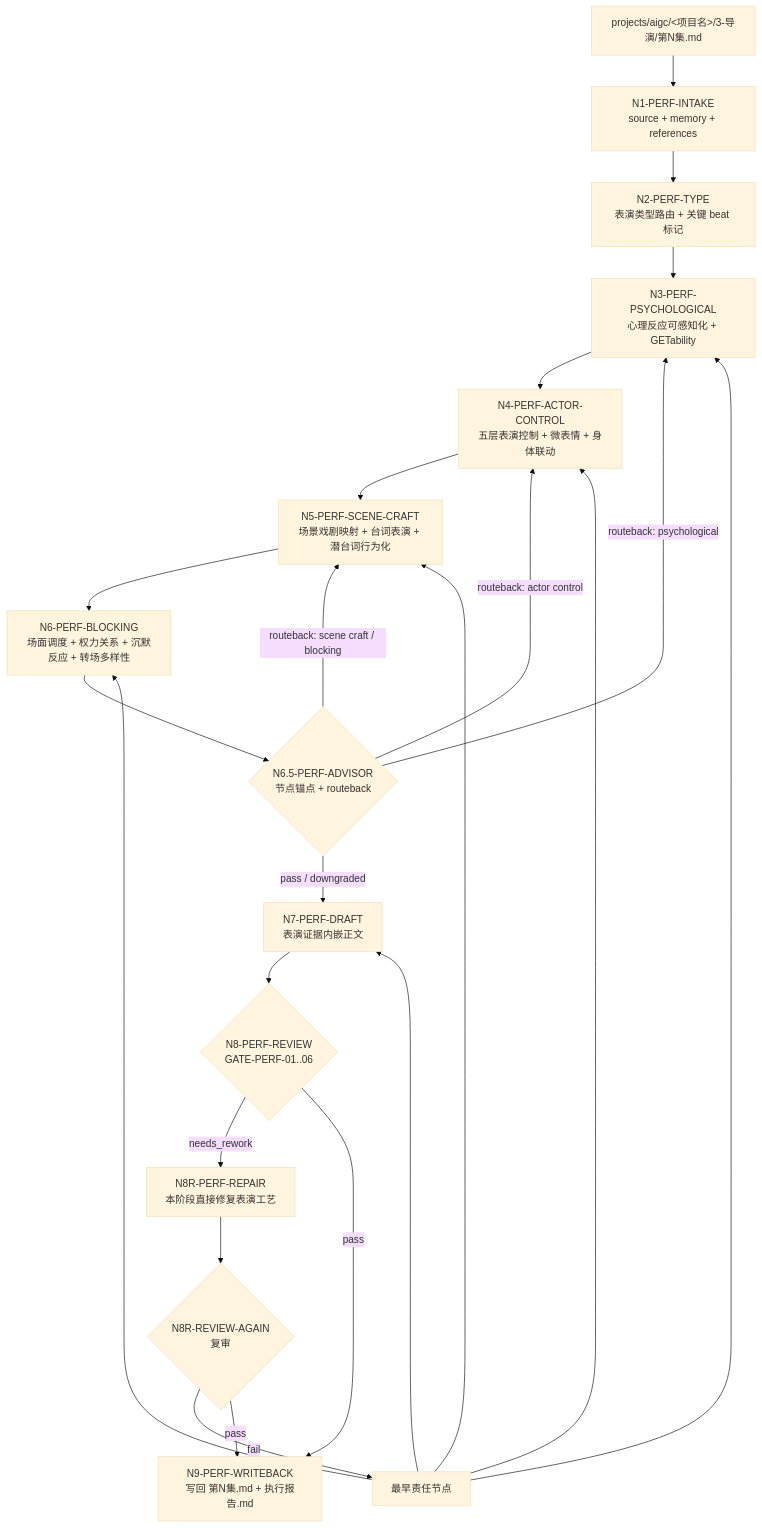
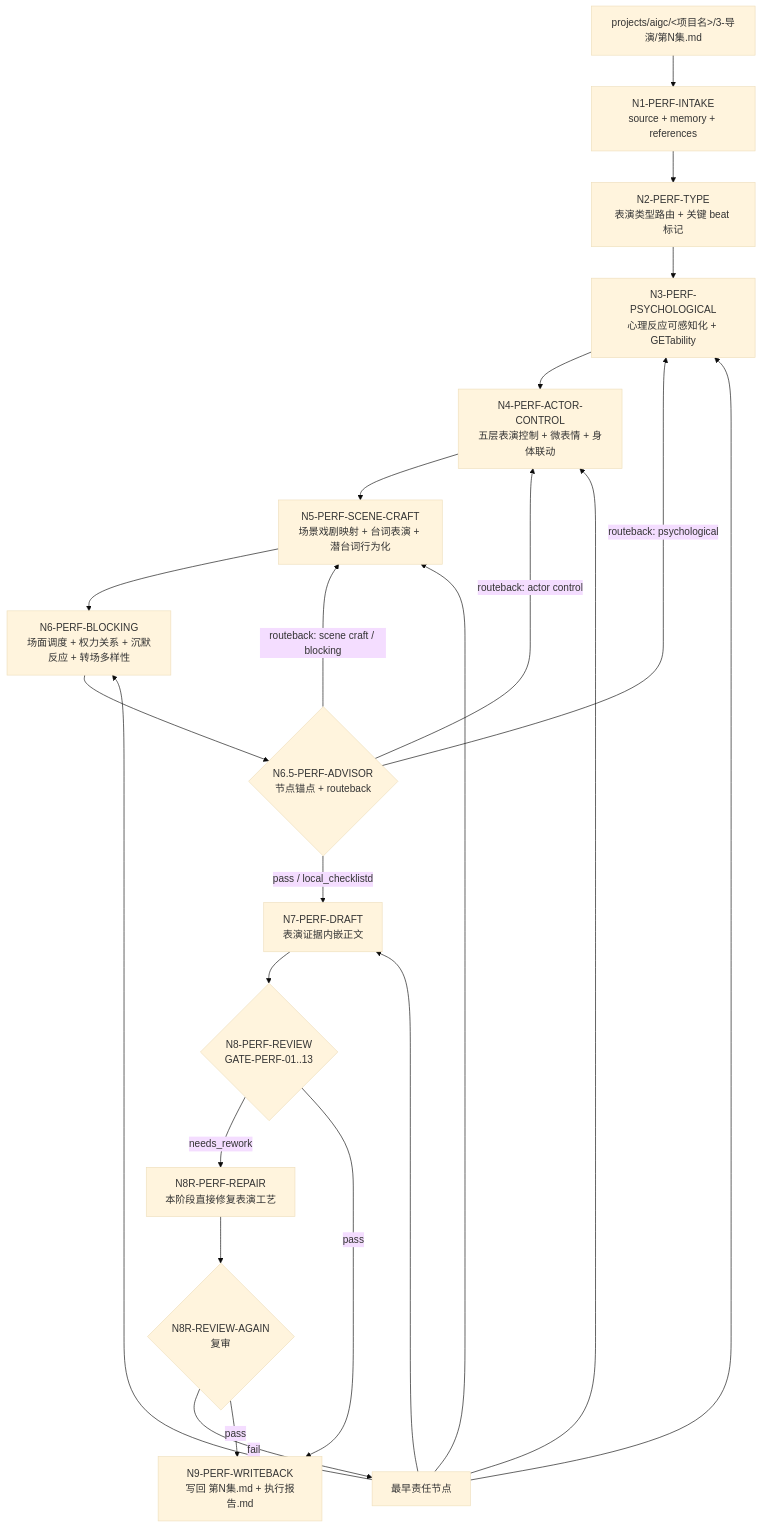
One commit to ZEN-VOID/AI-CUT changed the first of 2 diagrams in .agents/skills/aigc/4-表演/SKILL.md. Above: the diagram before and after it, drawn with Mermaid (base theme). The commit also changed other lines of this file and 137 other files, not shown here.

````diff
--- a/.agents/skills/aigc/4-表演/SKILL.md
+++ b/.agents/skills/aigc/4-表演/SKILL.md
@@ -318,25 +339,25 @@
 ```mermaid
 flowchart TD
     A["projects/aigc/<项目名>/3-导演/第N集.md"] --> B["N1-PERF-INTAKE\nsource + memory + references"]
     B --> C["N2-PERF-TYPE\n表演类型路由 + 关键 beat 标记"]
     C --> D["N3-PERF-PSYCHOLOGICAL\n心理反应可感知化 + GETability"]
     D --> E["N4-PERF-ACTOR-CONTROL\n五层表演控制 + 微表情 + 身体联动"]
     E --> F["N5-PERF-SCENE-CRAFT\n场景戏剧映射 + 台词表演 + 潜台词行为化"]
     F --> G["N6-PERF-BLOCKING\n场面调度 + 权力关系 + 沉默反应 + 转场多样性"]
     G --> AD{"N6.5-PERF-ADVISOR\n节点锚点 + routeback"}
     AD -->|"routeback: psychological"| D
     AD -->|"routeback: actor control"| E
     AD -->|"routeback: scene craft / blocking"| F
-    AD -->|"pass / downgraded"| H["N7-PERF-DRAFT\n表演证据内嵌正文"]
-    H --> R{"N8-PERF-REVIEW\nGATE-PERF-01..06"}
+    AD -->|"pass / local_checklistd"| H["N7-PERF-DRAFT\n表演证据内嵌正文"]
+    H --> R{"N8-PERF-REVIEW\nGATE-PERF-01..13"}
     R -->|"needs_rework"| RR["N8R-PERF-REPAIR\n本阶段直接修复表演工艺"]
     RR --> R2{"N8R-REVIEW-AGAIN\n复审"}
     R2 -->|"fail"| RB["最早责任节点"]
     RB --> D
     RB --> E
     RB --> F
     RB --> G
     RB --> H
     R2 -->|"pass"| W["N9-PERF-WRITEBACK\n写回 第N集.md + 执行报告.md"]
     R -->|"pass"| W
 ```
````
